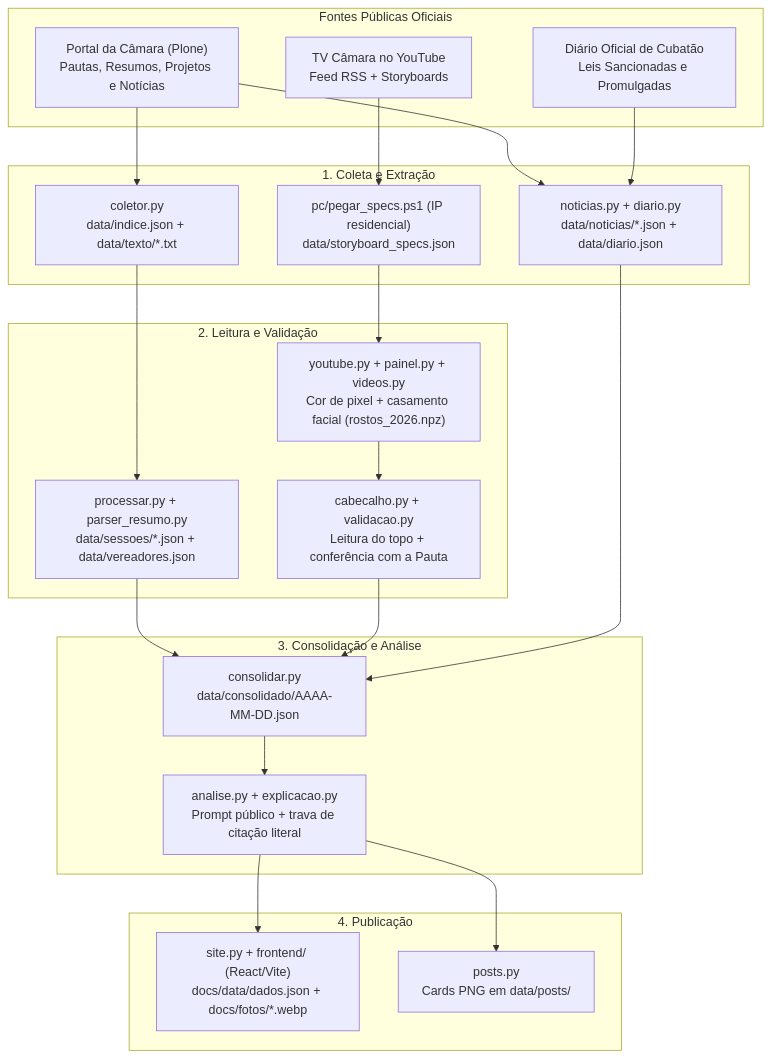
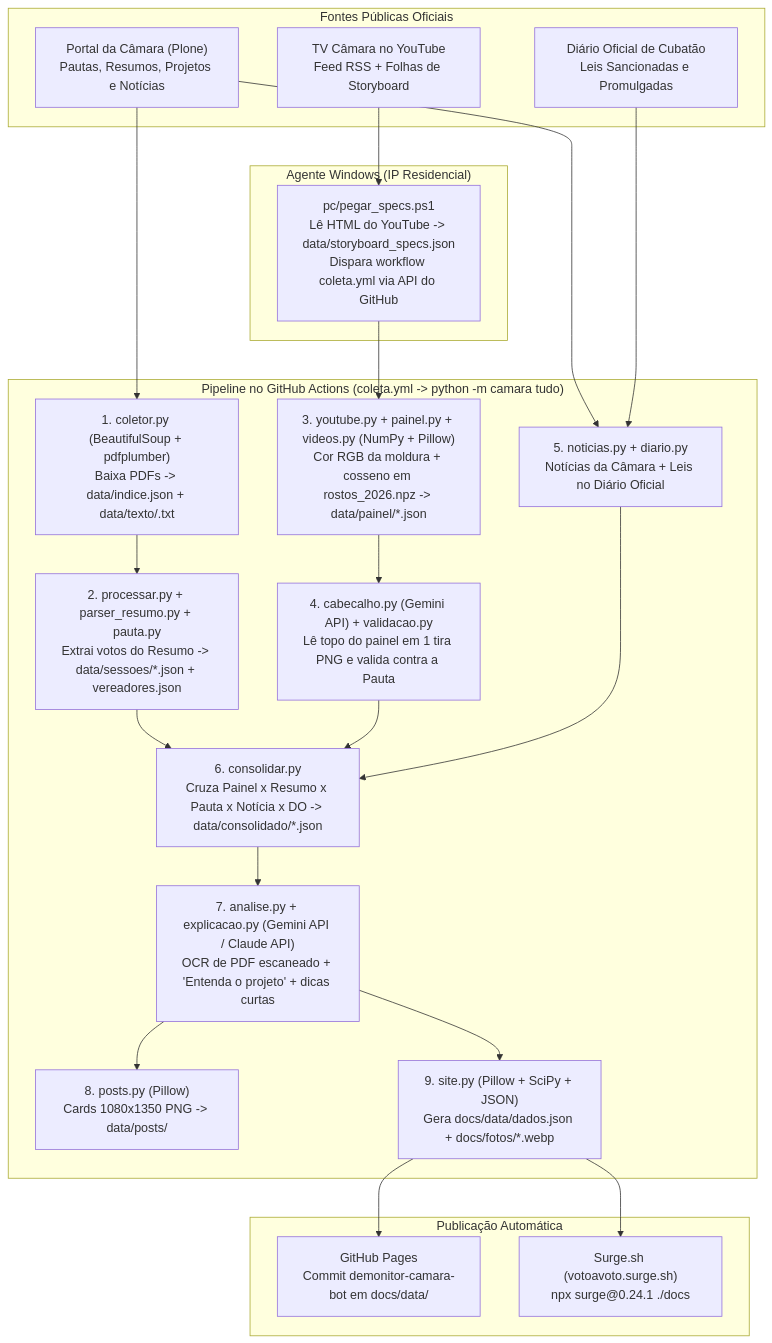
The diagram in README.md (wardernoob-dot/monitor-camara-cubatao), drawn with Mermaid before and after one commit. The commit also changed other lines of this file, not shown here.

Commit message:
docs(readme): detalha atores, workflows do GitHub Actions e chamadas da Gemini/Claude API em cada modulo

````diff
--- a/README.md
+++ b/README.md
@@ -46,44 +46,45 @@
 ```mermaid
 flowchart TD
     subgraph Fontes["Fontes Públicas Oficiais"]
         P_CAM["Portal da Câmara (Plone)<br/>Pautas, Resumos, Projetos e Notícias"]
-        YT["TV Câmara no YouTube<br/>Feed RSS + Storyboards"]
+        YT["TV Câmara no YouTube<br/>Feed RSS + Folhas de Storyboard"]
         DO["Diário Oficial de Cubatão<br/>Leis Sancionadas e Promulgadas"]
     end
 
-    subgraph Coleta["1. Coleta e Extração"]
-        COL["coletor.py<br/>data/indice.json + data/texto/*.txt"]
-        PC["pc/pegar_specs.ps1 (IP residencial)<br/>data/storyboard_specs.json"]
-        NOT["noticias.py + diario.py<br/>data/noticias/*.json + data/diario.json"]
+    subgraph PC_Local["Agente Windows (IP Residencial)"]
+        PS1["pc/pegar_specs.ps1<br/>Lê HTML do YouTube -> data/storyboard_specs.json<br/>Dispara workflow coleta.yml via API do GitHub"]
     end
 
-    subgraph Processamento["2. Leitura e Validação"]
-        RES["processar.py + parser_resumo.py<br/>data/sessoes/*.json + data/vereadores.json"]
-        PAINEL["youtube.py + painel.py + videos.py<br/>Cor de pixel + casamento facial (rostos_2026.npz)"]
-        CAB["cabecalho.py + validacao.py<br/>Leitura do topo + conferência com a Pauta"]
+    subgraph Pipeline_Python["Pipeline no GitHub Actions (coleta.yml -> python -m camara tudo)"]
+        COL["1. coletor.py (BeautifulSoup + pdfplumber)<br/>Baixa PDFs -> data/indice.json + data/texto/<sha>.txt"]
+        PROC["2. processar.py + parser_resumo.py + pauta.py<br/>Extrai votos do Resumo -> data/sessoes/*.json + vereadores.json"]
+        VID["3. youtube.py + painel.py + videos.py (NumPy + Pillow)<br/>Cor RGB da moldura + cosseno em rostos_2026.npz -> data/painel/*.json"]
+        CAB["4. cabecalho.py (Gemini API) + validacao.py<br/>Lê topo do painel em 1 tira PNG e valida contra a Pauta"]
+        NOT_DO["5. noticias.py + diario.py<br/>Notícias da Câmara + Leis no Diário Oficial"]
+        CONS["6. consolidar.py<br/>Cruza Painel x Resumo x Pauta x Notícia x DO -> data/consolidado/*.json"]
+        ANA["7. analise.py + explicacao.py (Gemini API / Claude API)<br/>OCR de PDF escaneado + 'Entenda o projeto' + dicas curtas"]
+        POSTS["8. posts.py (Pillow)<br/>Cards 1080x1350 PNG -> data/posts/"]
+        SITE["9. site.py (Pillow + SciPy + JSON)<br/>Gera docs/data/dados.json + docs/fotos/*.webp"]
     end
 
-    subgraph Consolidacao["3. Consolidação e Análise"]
-        CONS["consolidar.py<br/>data/consolidado/AAAA-MM-DD.json"]
-        ANA["analise.py + explicacao.py<br/>Prompt público + trava de citação literal"]
-    end
-
-    subgraph Saida["4. Publicação"]
-        SITE["site.py + frontend/ (React/Vite)<br/>docs/data/dados.json + docs/fotos/*.webp"]
-        POSTS["posts.py<br/>Cards PNG em data/posts/"]
+    subgraph Deploy["Publicação Automática"]
+        PAGES["GitHub Pages<br/>Commit demonitor-camara-bot em docs/data/"]
+        SURGE["Surge.sh (votoavoto.surge.sh)<br/>npx surge@0.24.1 ./docs"]
     end
 
     P_CAM --> COL
-    P_CAM --> NOT
-    DO --> NOT
-    YT --> PC
-    COL --> RES
-    PC --> PAINEL
-    PAINEL --> CAB
-    RES --> CONS
+    P_CAM --> NOT_DO
+    DO --> NOT_DO
+    YT --> PS1
+    PS1 --> VID
+    COL --> PROC
+    VID --> CAB
+    PROC --> CONS
     CAB --> CONS
-    NOT --> CONS
+    NOT_DO --> CONS
     CONS --> ANA
+    ANA --> POSTS
     ANA --> SITE
-    ANA --> POSTS
+    SITE --> PAGES
+    SITE --> SURGE
 ```
````
